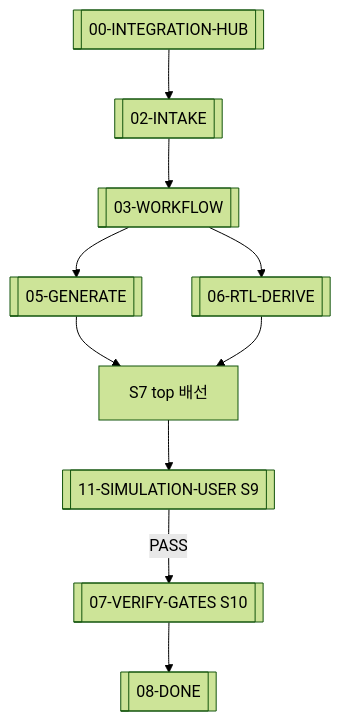
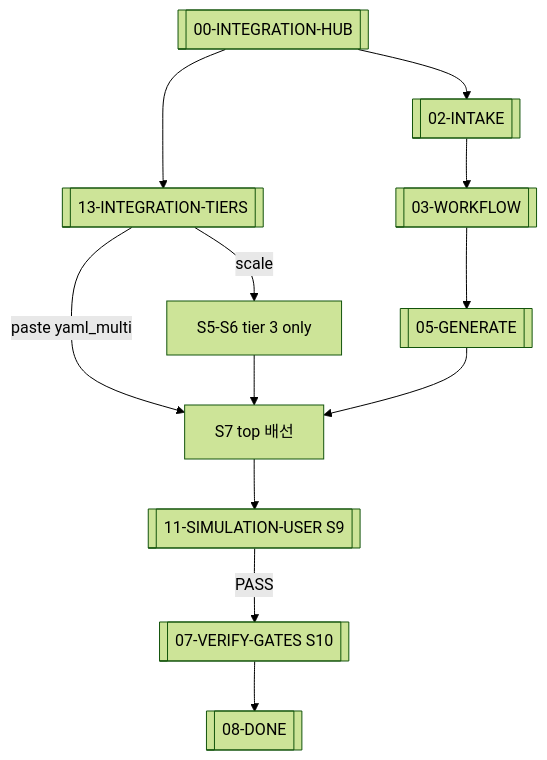
The diagram in soc-verify-agent/templates/obsidian/agent/vcpu-soc-integration/00-INTEGRATION-HUB.md (CoffeeTonight/CodeFromAI), drawn with Mermaid (forest theme) before and after one commit. The commit also changed other lines of this file and 333 other files, not shown here.

````diff
--- a/soc-verify-agent/templates/obsidian/agent/vcpu-soc-integration/00-INTEGRATION-HUB.md
+++ b/soc-verify-agent/templates/obsidian/agent/vcpu-soc-integration/00-INTEGRATION-HUB.md
@@ -75,22 +83,25 @@
 ```mermaid
 flowchart TB
   HUB[[00-INTEGRATION-HUB]]
+  TIER[[13-INTEGRATION-TIERS]]
   INTAKE[[02-INTAKE]]
   WF[[03-WORKFLOW]]
   GEN[[05-GENERATE]]
-  RTL[[06-RTL-DERIVE]]
+  S45[S5-S6 tier 3 only]
   TOP[S7 top 배선]
   SIM[[11-SIMULATION-USER S9]]
   GATES[[07-VERIFY-GATES S10]]
   DONE[[08-DONE]]
 
+  HUB --> TIER
   HUB --> INTAKE
   INTAKE --> WF
   WF --> GEN
-  WF --> RTL
+  TIER -->|paste yaml_multi| TOP
+  TIER -->|scale| S45
+  S45 --> TOP
   GEN --> TOP
-  RTL --> TOP
   TOP --> SIM
   SIM -->|PASS| GATES
   GATES --> DONE
 ```
````
